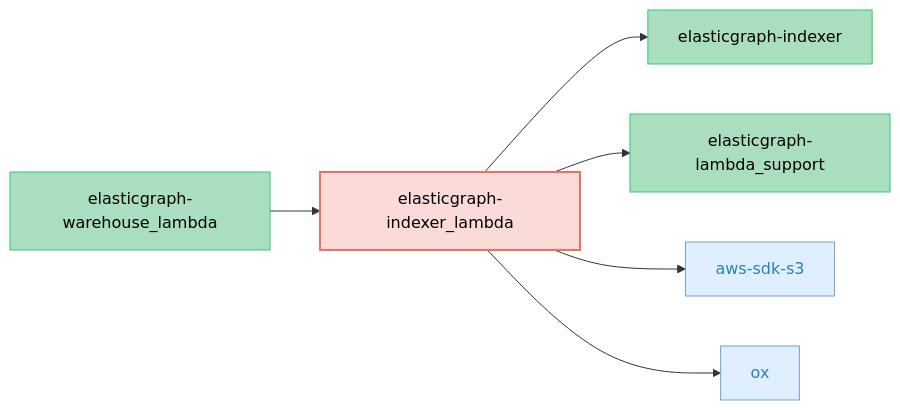
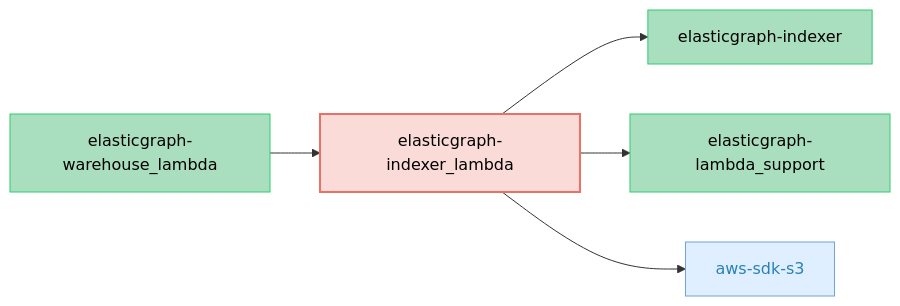
Before and after one commit to block/elasticgraph: the diagram in elasticgraph-indexer_lambda/README.md, drawn with Mermaid. The commit also changed 8 other files, not shown here.

````diff
--- a/elasticgraph-indexer_lambda/README.md
+++ b/elasticgraph-indexer_lambda/README.md
@@ -7,25 +7,21 @@
 ```mermaid
 graph LR;
     classDef targetGemStyle fill:#FADBD8,stroke:#EC7063,color:#000,stroke-width:2px;
     classDef otherEgGemStyle fill:#A9DFBF,stroke:#2ECC71,color:#000;
     classDef externalGemStyle fill:#E0EFFF,stroke:#70A1D7,color:#2980B9;
     elasticgraph-indexer_lambda["elasticgraph-indexer_lambda"];
     class elasticgraph-indexer_lambda targetGemStyle;
     elasticgraph-indexer["elasticgraph-indexer"];
     elasticgraph-indexer_lambda --> elasticgraph-indexer;
     class elasticgraph-indexer otherEgGemStyle;
     elasticgraph-lambda_support["elasticgraph-lambda_support"];
     elasticgraph-indexer_lambda --> elasticgraph-lambda_support;
     class elasticgraph-lambda_support otherEgGemStyle;
     aws-sdk-s3["aws-sdk-s3"];
     elasticgraph-indexer_lambda --> aws-sdk-s3;
     class aws-sdk-s3 externalGemStyle;
-    ox["ox"];
-    elasticgraph-indexer_lambda --> ox;
-    class ox externalGemStyle;
     elasticgraph-warehouse_lambda["elasticgraph-warehouse_lambda"];
     elasticgraph-warehouse_lambda --> elasticgraph-indexer_lambda;
     class elasticgraph-warehouse_lambda otherEgGemStyle;
     click aws-sdk-s3 href "https://rubygems.org/gems/aws-sdk-s3" "Open on RubyGems.org" _blank;
-    click ox href "https://rubygems.org/gems/ox" "Open on RubyGems.org" _blank;
 ```
````
